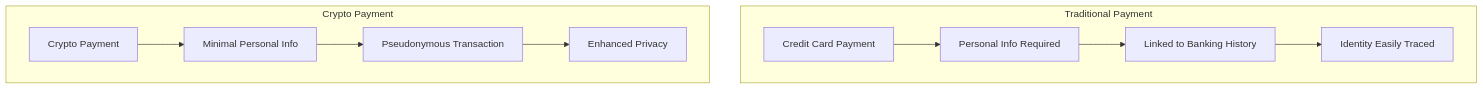
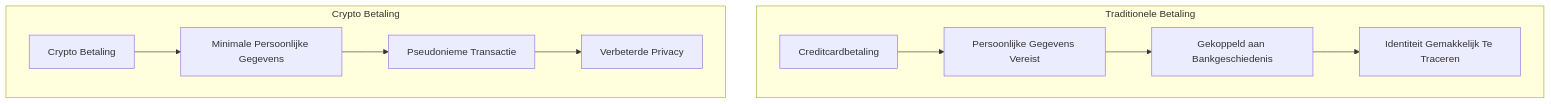
The second of 3 diagrams in app/views/docs/crypto-payments-privacy-email-service/index-nl.md (forwardemail/forwardemail.net), drawn with Mermaid before and after one commit. The commit also changed other lines of this file and 1055 other files, not shown here.

````diff
--- a/app/views/docs/crypto-payments-privacy-email-service/index-nl.md
+++ b/app/views/docs/crypto-payments-privacy-email-service/index-nl.md
@@ -63,14 +68,14 @@
 ```mermaid
 graph TD
-    subgraph "Traditional Payment"
-    A[Credit Card Payment] --> B[Personal Info Required]
-    B --> C[Linked to Banking History]
-    C --> D[Identity Easily Traced]
+    subgraph "Traditionele Betaling"
+    A[Creditcardbetaling] --> B[Persoonlijke Gegevens Vereist]
+    B --> C[Gekoppeld aan Bankgeschiedenis]
+    C --> D[Identiteit Gemakkelijk Te Traceren]
     end
 
-    subgraph "Crypto Payment"
-    E[Crypto Payment] --> F[Minimal Personal Info]
-    F --> G[Pseudonymous Transaction]
-    G --> H[Enhanced Privacy]
+    subgraph "Crypto Betaling"
+    E[Crypto Betaling] --> F[Minimale Persoonlijke Gegevens]
+    F --> G[Pseudonieme Transactie]
+    G --> H[Verbeterde Privacy]
     end
 ```
````
